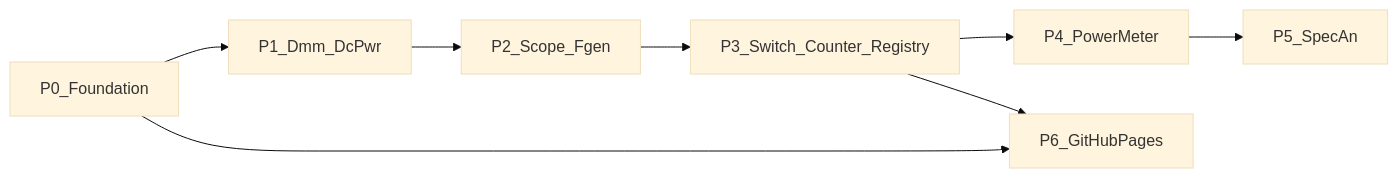
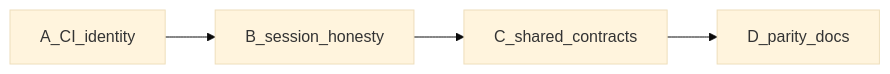
Before and after one commit to josh-hemphill/instrument-componenets-rs: the diagram in docs/roadmap.md, drawn with Mermaid (base theme). The commit also changed other lines of this file and 21 other files, not shown here.

````diff
--- a/docs/roadmap.md
+++ b/docs/roadmap.md
@@ -32,14 +11,8 @@
 ```mermaid
 flowchart LR
-  P0[P0_Foundation]
-  P1[P1_Dmm_DcPwr]
-  P2[P2_Scope_Fgen]
-  P3[P3_Switch_Counter_Registry]
-  P4[P4_PowerMeter]
-  P5[P5_SpecAn]
-  P6[P6_GitHubPages]
-  P0 --> P1 --> P2 --> P3
-  P3 --> P4 --> P5
-  P0 --> P6
-  P3 --> P6
+  A[A_CI_identity]
+  B[B_session_honesty]
+  C[C_shared_contracts]
+  D[D_parity_docs]
+  A --> B --> C --> D
 ```
````
